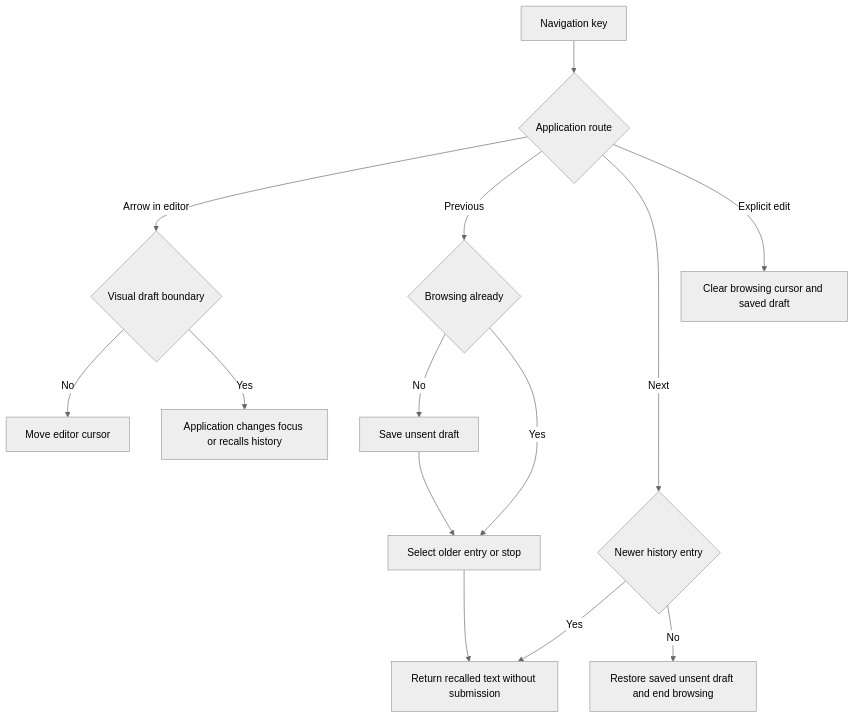
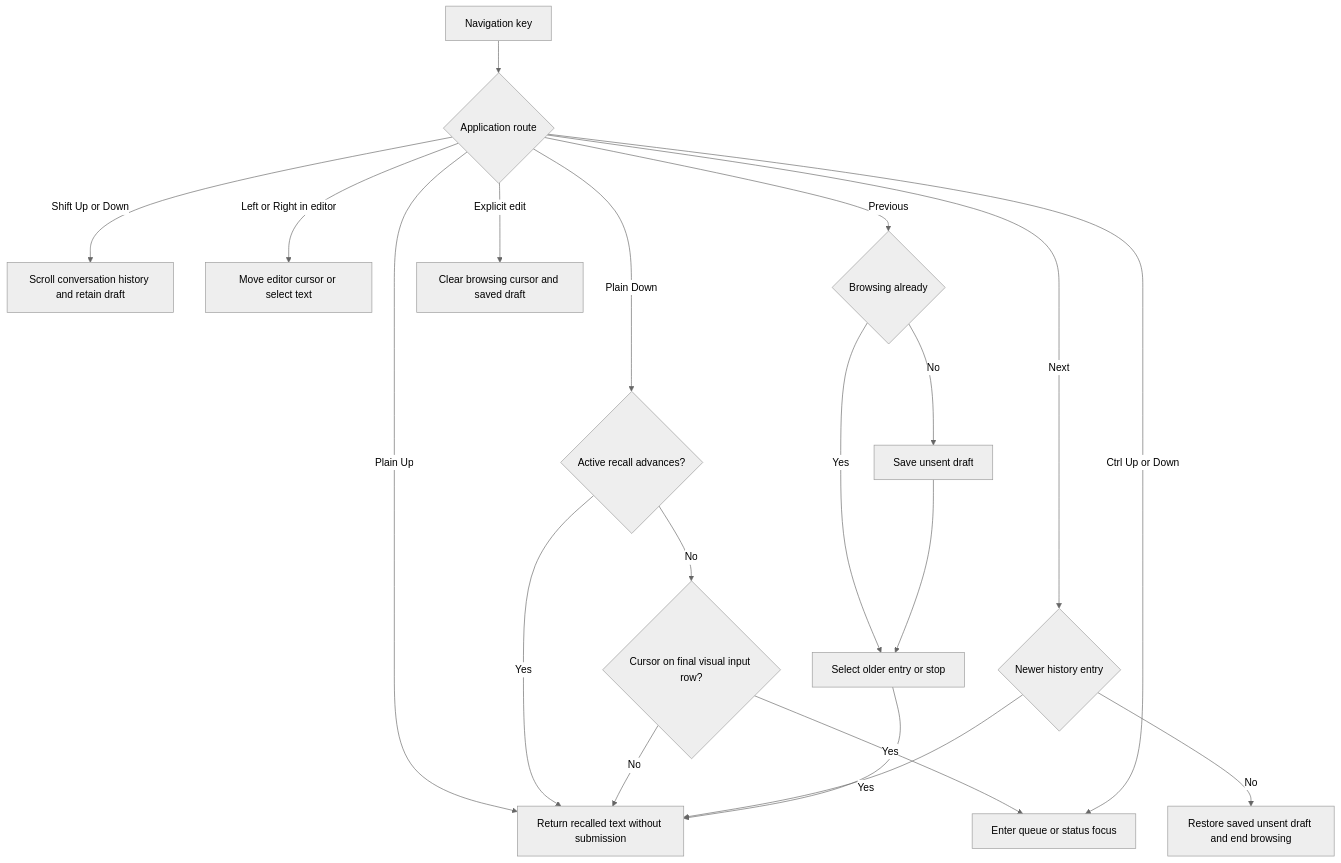
The diagram in docs/designs/composer-editor-navigation.md (pidster/asura), drawn with Mermaid (neutral theme) before and after one commit. The commit also changed other lines of this file and 45 other files, not shown here.

````diff
--- a/docs/designs/composer-editor-navigation.md
+++ b/docs/designs/composer-editor-navigation.md
@@ -29,16 +30,22 @@
 ```mermaid
 flowchart TD
     Key[Navigation key] --> Route{Application route}
-    Route -->|Arrow in editor| Edge{Visual draft boundary}
-    Edge -->|No| Edit[Move editor cursor]
-    Edge -->|Yes| Focus[Application changes focus or recalls history]
+    Route -->|Plain Up| Recall[Recall input or restore saved draft]
+    Route -->|Plain Down| Next{Active recall advances?}
+    Next -->|Yes| Recall
+    Next -->|No| Bottom{Cursor on final visual input row?}
+    Bottom -->|Yes| Focus
+    Bottom -->|No| Recall
+    Route -->|Shift Up or Down| Scroll[Scroll conversation history and retain draft]
+    Route -->|Ctrl Up or Down| Focus[Enter queue or status focus]
+    Route -->|Left or Right in editor| Edit[Move editor cursor or select text]
     Route -->|Previous| Saved{Browsing already}
     Saved -->|No| Save[Save unsent draft]
     Saved -->|Yes| Older[Select older entry or stop]
     Save --> Older
     Route -->|Next| Newer{Newer history entry}
     Newer -->|Yes| Recall[Return recalled text without submission]
     Newer -->|No| Restore[Restore saved unsent draft and end browsing]
     Older --> Recall
     Route -->|Explicit edit| Reset[Clear browsing cursor and saved draft]
 ```
````
